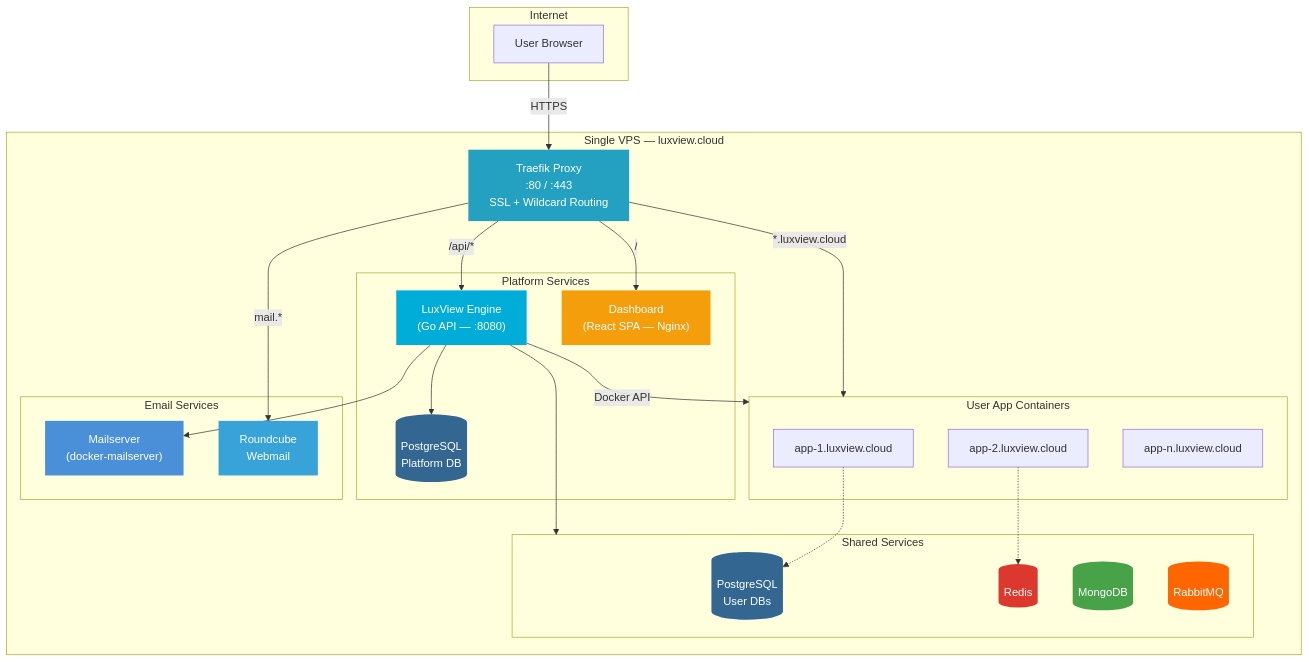
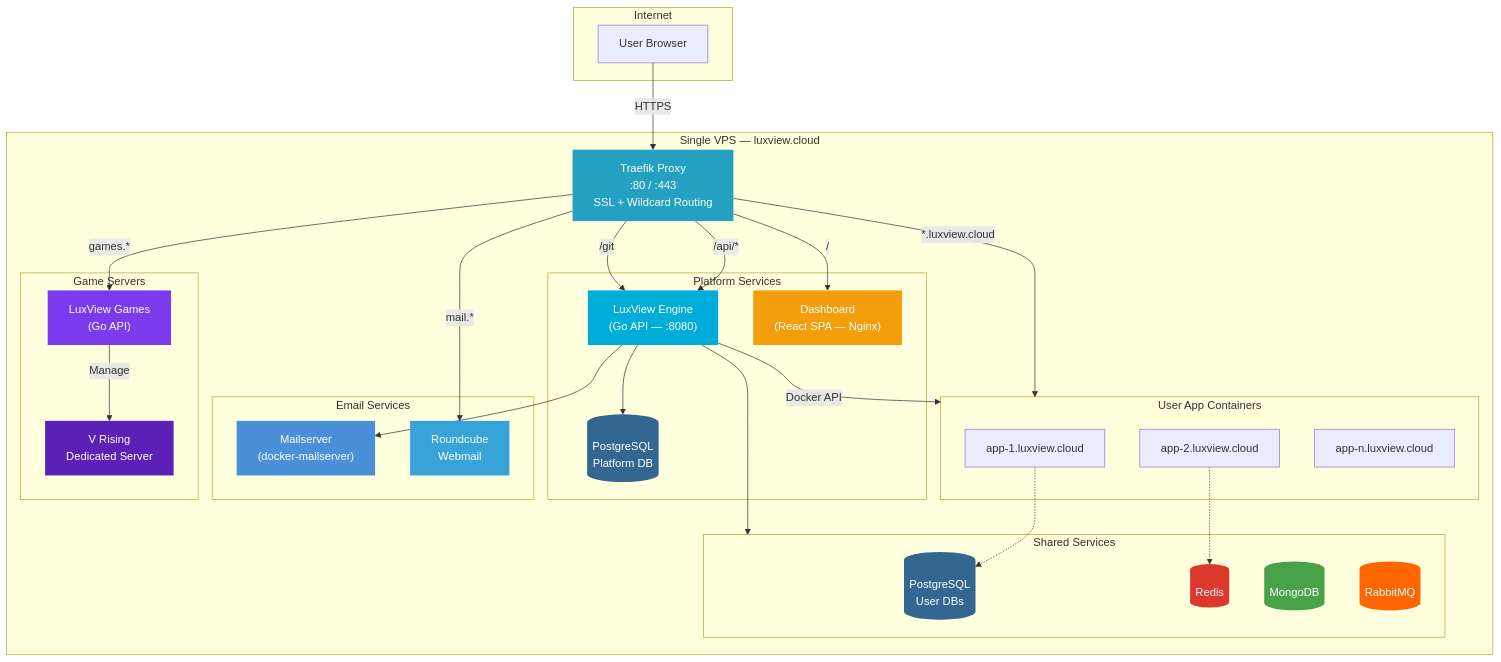
Before and after one commit to JohnPitter/luxview-cloud: the first of 5 diagrams in README.md, drawn with Mermaid. The commit also changed other lines of this file, not shown here.

Commit message:
docs: update README with Git hosting, game servers, analytics, backups and new features

````diff
--- a/README.md
+++ b/README.md
@@ -58,58 +65,67 @@
 ```mermaid
 graph TB
     subgraph Internet
         USER[User Browser]
     end
 
     subgraph VPS["Single VPS — luxview.cloud"]
         TRAEFIK["Traefik Proxy<br/>:80 / :443<br/>SSL + Wildcard Routing"]
 
         subgraph Platform["Platform Services"]
             ENGINE["LuxView Engine<br/>(Go API — :8080)"]
             DASHBOARD["Dashboard<br/>(React SPA — Nginx)"]
             PG_PLATFORM[("PostgreSQL<br/>Platform DB")]
         end
 
         subgraph Apps["User App Containers"]
             A1["app-1.luxview.cloud"]
             A2["app-2.luxview.cloud"]
             A3["app-n.luxview.cloud"]
         end
 
         subgraph Shared["Shared Services"]
             PG_SHARED[("PostgreSQL<br/>User DBs")]
             REDIS[("Redis")]
             MONGO[("MongoDB")]
             RABBIT[("RabbitMQ")]
         end
 
         subgraph Email["Email Services"]
             MAIL["Mailserver<br/>(docker-mailserver)"]
             ROUNDCUBE["Roundcube<br/>Webmail"]
         end
+
+        subgraph Games["Game Servers"]
+            GAMES["LuxView Games<br/>(Go API)"]
+            VRISING["V Rising<br/>Dedicated Server"]
+        end
     end
 
     USER -->|HTTPS| TRAEFIK
     TRAEFIK -->|"/api/*"| ENGINE
     TRAEFIK -->|"/"| DASHBOARD
+    TRAEFIK -->|"/git"| ENGINE
     TRAEFIK -->|"*.luxview.cloud"| Apps
     TRAEFIK -->|"mail.*"| ROUNDCUBE
+    TRAEFIK -->|"games.*"| GAMES
     ENGINE --> PG_PLATFORM
     ENGINE -->|"Docker API"| Apps
     ENGINE --> Shared
     ENGINE --> MAIL
+    GAMES -->|"Manage"| VRISING
     A1 -.-> PG_SHARED
     A2 -.-> REDIS
 
     style TRAEFIK fill:#24A1C1,color:#fff,stroke:none
     style ENGINE fill:#00ADD8,color:#fff,stroke:none
     style DASHBOARD fill:#F59E0B,color:#fff,stroke:none
     style PG_PLATFORM fill:#336791,color:#fff,stroke:none
     style PG_SHARED fill:#336791,color:#fff,stroke:none
     style REDIS fill:#DC382D,color:#fff,stroke:none
     style MONGO fill:#47A248,color:#fff,stroke:none
     style RABBIT fill:#FF6600,color:#fff,stroke:none
-
     style MAIL fill:#4A90D9,color:#fff,stroke:none
     style ROUNDCUBE fill:#37A3D9,color:#fff,stroke:none
+    style GAMES fill:#7C3AED,color:#fff,stroke:none
+    style VRISING fill:#5B21B6,color:#fff,stroke:none
 ```
````
